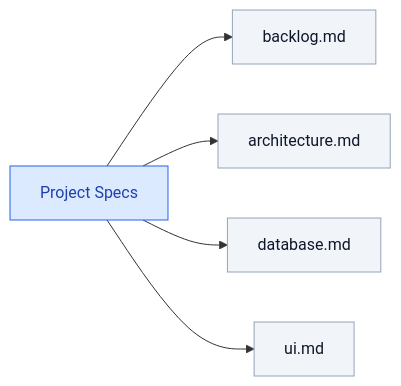
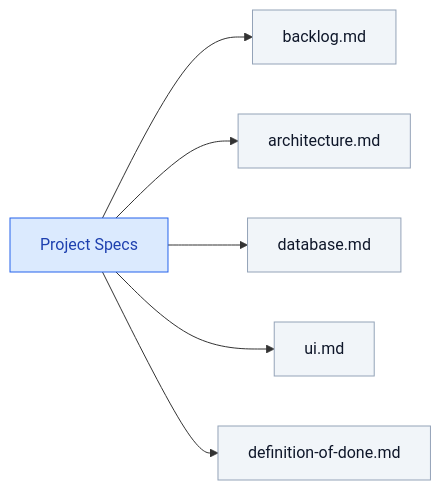
The third of 8 diagrams in README.md (mtov/AgileSpec), drawn with Mermaid before and after one commit. The commit also changed other lines of this file and 4 other files, not shown here.

Commit message:
Add Definition of Done to AgileSpec and PodLite examples

````diff
--- a/README.md
+++ b/README.md
@@ -118,15 +122,16 @@
 ```mermaid
 flowchart LR
     P["Project Specs"]
 
     P --> B["backlog.md"]
     P --> A["architecture.md"]
     P --> D["database.md"]
     P --> U["ui.md"]
+    P --> F["definition-of-done.md"]
 
     classDef root fill:#dbeafe,stroke:#2563eb,color:#1e40af
     classDef doc fill:#f1f5f9,stroke:#94a3b8,color:#0f172a
 
     class P root
-    class B,A,D,U doc
+    class B,A,D,U,F doc
 ```
````
